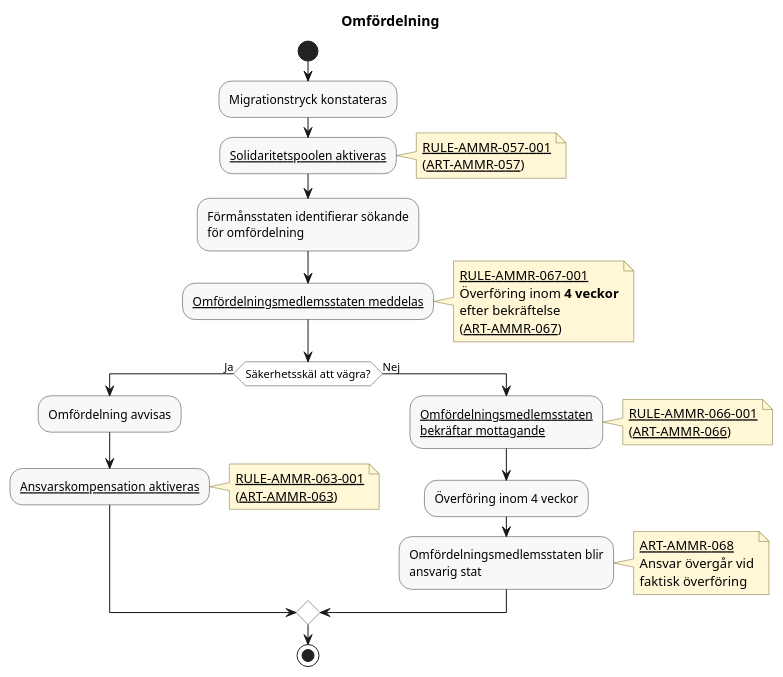
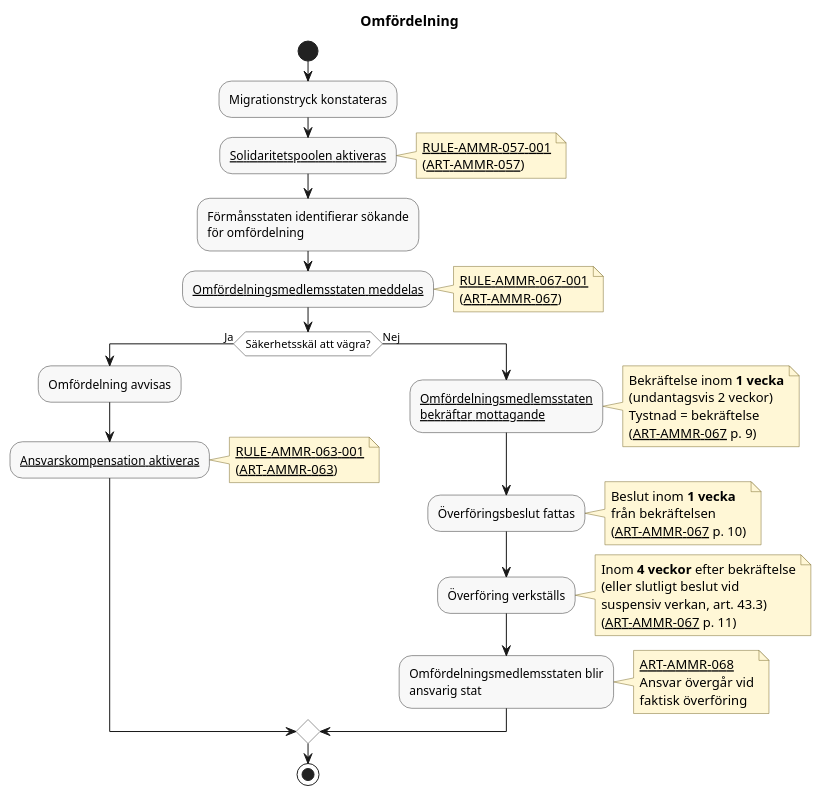
The diagram in docs/domains/solidarity/diagrams/relocation.pu (chrhe894/migration_pact), drawn with PlantUML before and after one commit. The commit also changed other lines of this file and 1 other file, not shown here.

Commit message:
Corrects relovation diagram

```diff
--- a/docs/domains/solidarity/diagrams/relocation.pu
+++ b/docs/domains/solidarity/diagrams/relocation.pu
@@ -15,71 +16,84 @@
 @startuml relocation
 
 title Omfördelning
 
 skinparam shadowing false
 skinparam HyperlinkColor Black
 skinparam HyperlinkUnderline true
 skinparam defaultFontName Arial
 skinparam activity {
   BackgroundColor #F8F8F8
   BorderColor #333333
   DiamondBackgroundColor #FFFFFF
   DiamondBorderColor #333333
 }
 skinparam note {
   BackgroundColor #FFF7D6
   BorderColor #7A6A2A
 }
 
 start
 
 :Migrationstryck konstateras;
 
 :[[../rules/rule-ammr-057-001.md Solidaritetspoolen aktiveras]];
 note right
   [[../rules/rule-ammr-057-001.md RULE-AMMR-057-001]]
   ([[../articles/ammr-057.md ART-AMMR-057]])
 end note
 
 :Förmånsstaten identifierar sökande\nför omfördelning;
 
 :[[../rules/rule-ammr-067-001.md Omfördelningsmedlemsstaten meddelas]];
 note right
   [[../rules/rule-ammr-067-001.md RULE-AMMR-067-001]]
-  Överföring inom **4 veckor**
-  efter bekräftelse
   ([[../articles/ammr-067.md ART-AMMR-067]])
 end note
 
 if (Säkerhetsskäl att vägra?) then (Ja)
 
     :Omfördelning avvisas;
 
     :[[../rules/rule-ammr-063-001.md Ansvarskompensation aktiveras]];
     note right
       [[../rules/rule-ammr-063-001.md RULE-AMMR-063-001]]
       ([[../articles/ammr-063.md ART-AMMR-063]])
     end note
 
 else (Nej)
 
-    :[[../rules/rule-ammr-066-001.md Omfördelningsmedlemsstaten\nbekräftar mottagande]];
+    :[[../rules/rule-ammr-067-001.md Omfördelningsmedlemsstaten\nbekräftar mottagande]];
     note right
-      [[../rules/rule-ammr-066-001.md RULE-AMMR-066-001]]
-      ([[../articles/ammr-066.md ART-AMMR-066]])
+      Bekräftelse inom **1 vecka**
+      (undantagsvis 2 veckor)
+      Tystnad = bekräftelse
+      ([[../articles/ammr-067.md ART-AMMR-067]] p. 9)
     end note
 
-    :Överföring inom 4 veckor;
+    :Överföringsbeslut fattas;
+    note right
+      Beslut inom **1 vecka**
+      från bekräftelsen
+      ([[../articles/ammr-067.md ART-AMMR-067]] p. 10)
+    end note
+
+    :Överföring verkställs;
+    note right
+      Inom **4 veckor** efter bekräftelse
+      (eller slutligt beslut vid
+      suspensiv verkan, art. 43.3)
+      ([[../articles/ammr-067.md ART-AMMR-067]] p. 11)
+    end note
 
     :Omfördelningsmedlemsstaten blir\nansvarig stat;
     note right
       [[../articles/ammr-068.md ART-AMMR-068]]
       Ansvar övergår vid
       faktisk överföring
     end note
 
 endif
 
 stop
 
 @enduml
```
